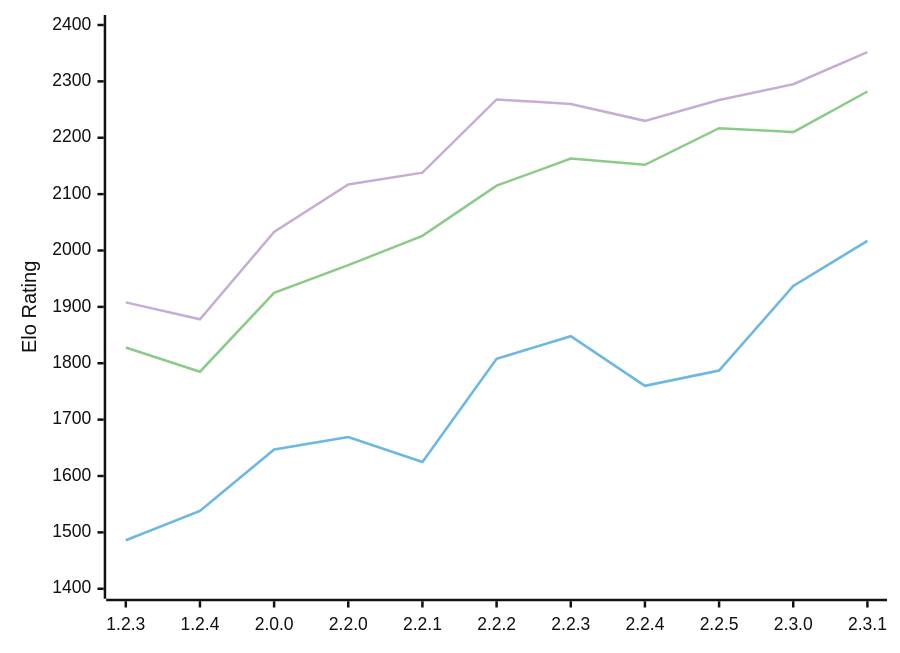
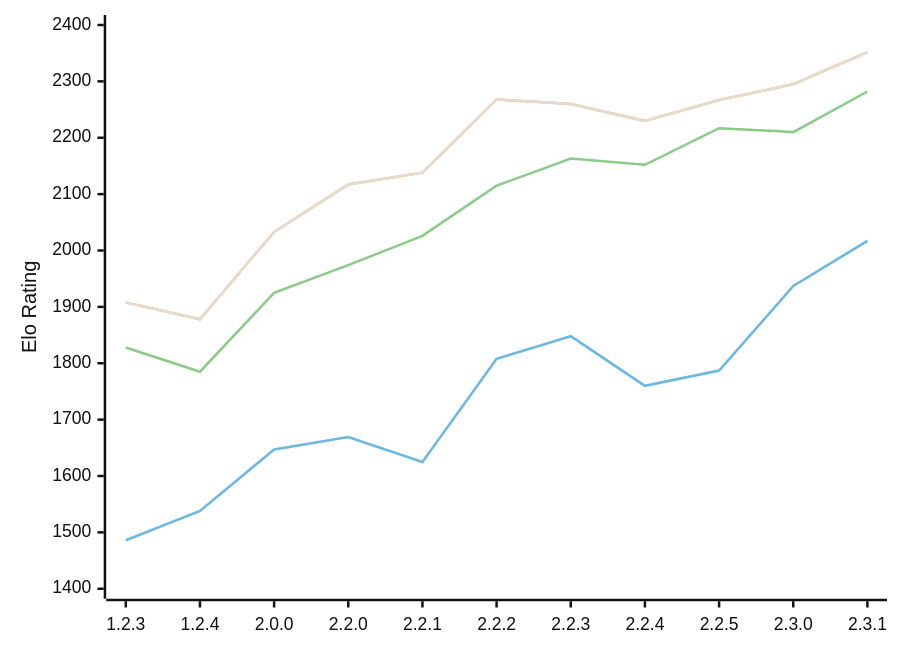
The first of 2 diagrams in engines/Kreveta.md (computer-chess-index/cci), drawn with Mermaid (neutral theme) before and after one commit. The commit also changed other lines of this file, not shown here.

Commit message:
Update CCI Ratings (ELO VLTC) - 2026-05-17

````diff
--- a/engines/Kreveta.md
+++ b/engines/Kreveta.md
@@ -43,9 +43,10 @@
 ```mermaid
 xychart-beta
   x-axis ["1.2.3", "1.2.4", "2.0.0", "2.2.0", "2.2.1", "2.2.2", "2.2.3", "2.2.4", "2.2.5", "2.3.0", "2.3.1"]
   y-axis "Elo Rating" 1400 --> 2400
   line "① STC (8.0+0.08s)" [1486, 1538, 1647, 1669, 1625, 1808, 1848, 1760, 1787, 1937, 2017]
   line "① STC (8.0+0.08s)" [1486, 1538, 1647, 1669, 1625, 1808, 1848, 1760, 1787, 1937, 2017]
   line "② LTC (60.0+0.60s)" [1828, 1785, 1925, 1974, 2026, 2115, 2163, 2152, 2217, 2210, 2282]
   line "③ VLTC (2m24s+1.12s)" [1908, 1878, 2033, 2117, 2138, 2268, 2260, 2230, 2267, 2295, 2352]
+  line "③ VLTC (2m24s+1.12s)" [1908, 1878, 2033, 2117, 2138, 2268, 2260, 2230, 2267, 2295, 2352]
 ```
````
